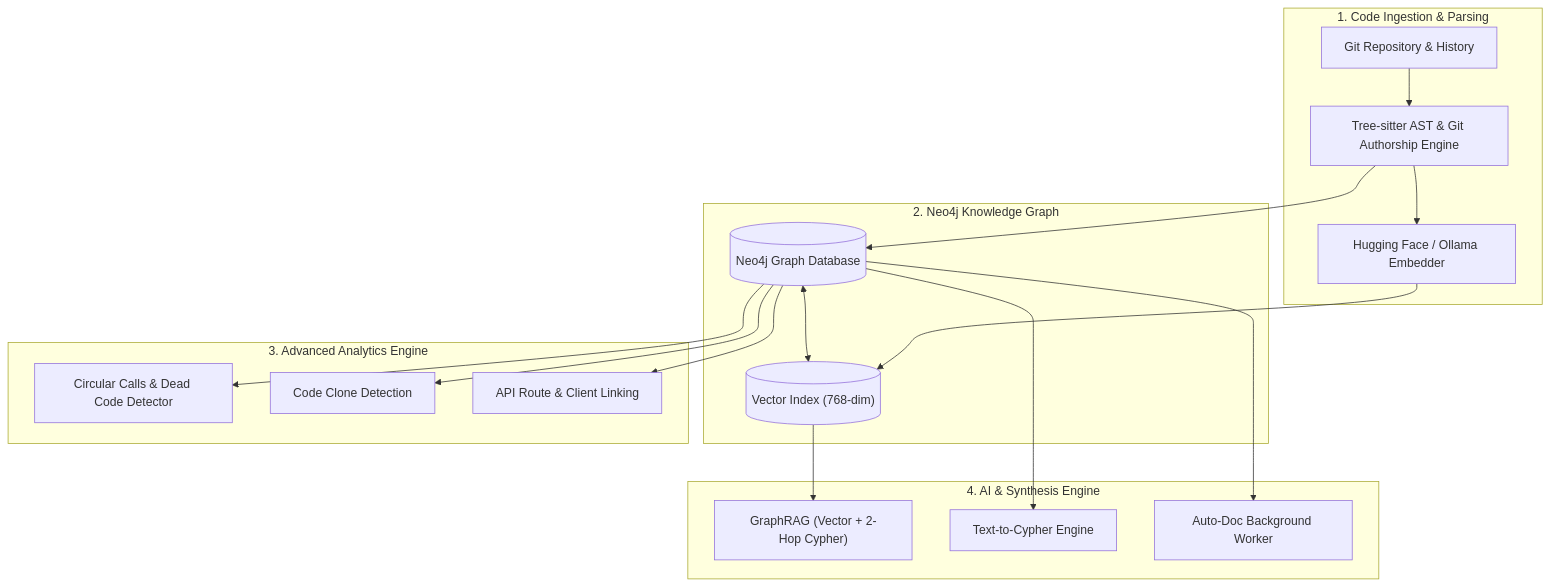
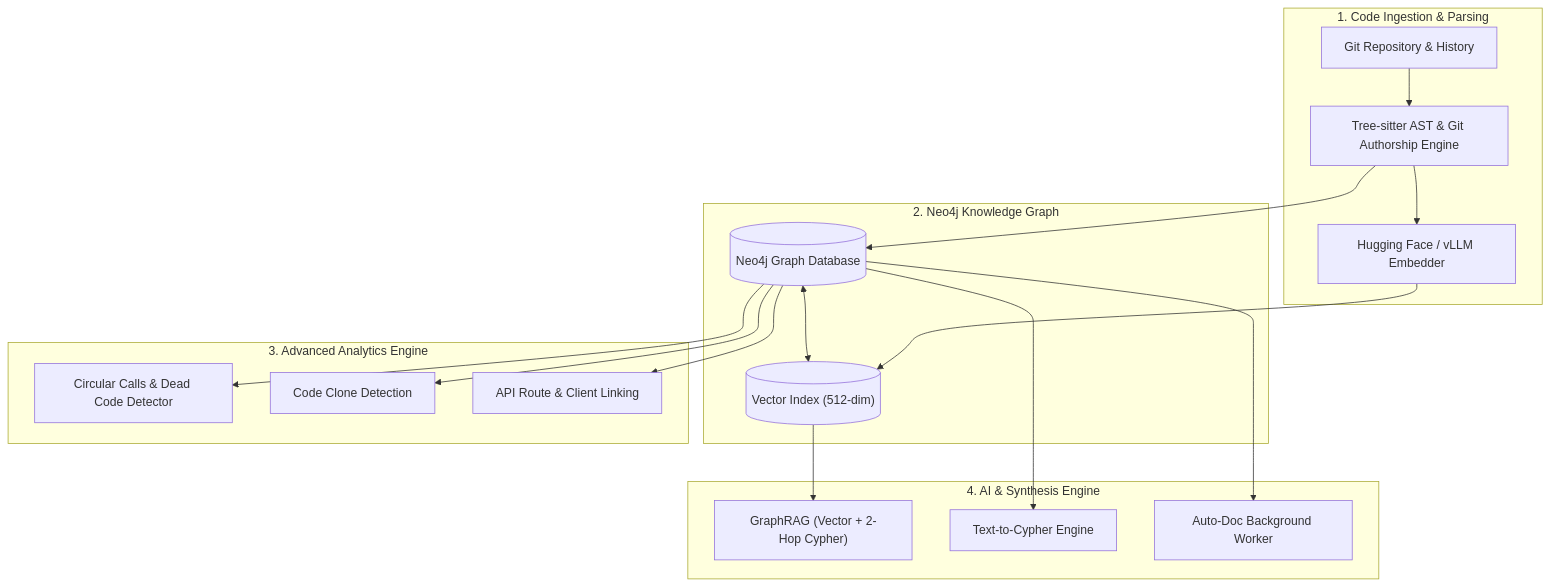
Before and after one commit to moayedinia/Preflight: the diagram in README.md, drawn with Mermaid. The commit also changed other lines of this file and 8 other files, not shown here.

Commit message:
refactor: completely purge Ollama and standardize on vLLM (port 8007, 5% GPU, jina-embeddings-v5-text-small-retrieval)

````diff
--- a/README.md
+++ b/README.md
@@ -72,25 +72,25 @@
 ```mermaid
 flowchart TD
     subgraph Ingestion ["1. Code Ingestion & Parsing"]
         Repo["Git Repository & History"] --> Scanner["Tree-sitter AST & Git Authorship Engine"]
-        Scanner --> Embedder["Hugging Face / Ollama Embedder"]
+        Scanner --> Embedder["Hugging Face / vLLM Embedder"]
     end
 
     subgraph Storage ["2. Neo4j Knowledge Graph"]
         Scanner --> Neo4j[("Neo4j Graph Database")]
-        Embedder --> VectorIndex[("Vector Index (768-dim)")]
+        Embedder --> VectorIndex[("Vector Index (512-dim)")]
         Neo4j <--> VectorIndex
     end
 
     subgraph Analytics ["3. Advanced Analytics Engine"]
         Neo4j --> Smells["Circular Calls & Dead Code Detector"]
         Neo4j --> Clones["Code Clone Detection"]
         Neo4j --> CrossService["API Route & Client Linking"]
     end
 
     subgraph AI ["4. AI & Synthesis Engine"]
         VectorIndex --> RAG["GraphRAG (Vector + 2-Hop Cypher)"]
         Neo4j --> NL2Cypher["Text-to-Cypher Engine"]
         Neo4j --> AutoDoc["Auto-Doc Background Worker"]
     end
 ```
````
